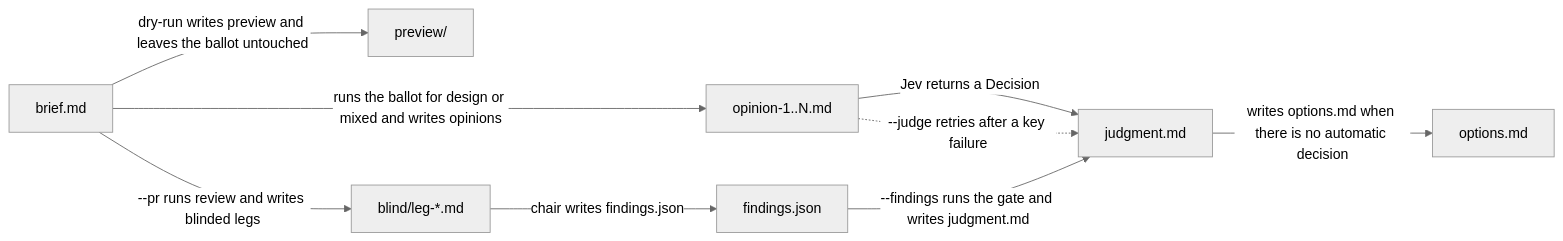
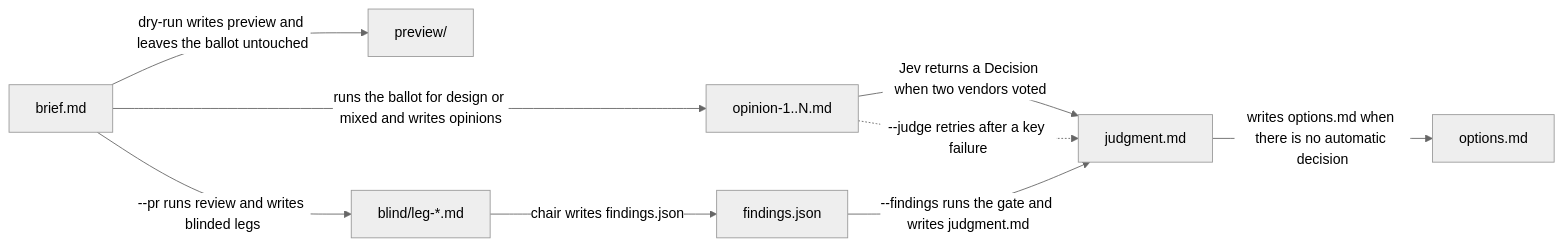
Before and after one commit to rymiwe/conclave: the third of 3 diagrams in README.md, drawn with Mermaid (neutral theme). The commit also changed other lines of this file, not shown here.

First line of the commit message:
Document router-seated voters, the two-vendor judge rule, and the review risk rating. (#20)

````diff
--- a/README.md
+++ b/README.md
@@ -145,18 +174,18 @@
 ```mermaid
 flowchart LR
   brief["brief.md"]
   preview["preview/"]
   opinions["opinion-1..N.md"]
   judgment["judgment.md"]
   options["options.md"]
   blind["blind/leg-*.md"]
   findings["findings.json"]
   brief -->|"dry-run writes preview and leaves the ballot untouched"| preview
   brief -->|"runs the ballot for design or mixed and writes opinions"| opinions
-  opinions -->|"Jev returns a Decision"| judgment
+  opinions -->|"Jev returns a Decision when two vendors voted"| judgment
   opinions -.->|"--judge retries after a key failure"| judgment
   judgment -->|"writes options.md when there is no automatic decision"| options
   brief -->|"--pr runs review and writes blinded legs"| blind
   blind -->|"chair writes findings.json"| findings
   findings -->|"--findings runs the gate and writes judgment.md"| judgment
 ```
````
